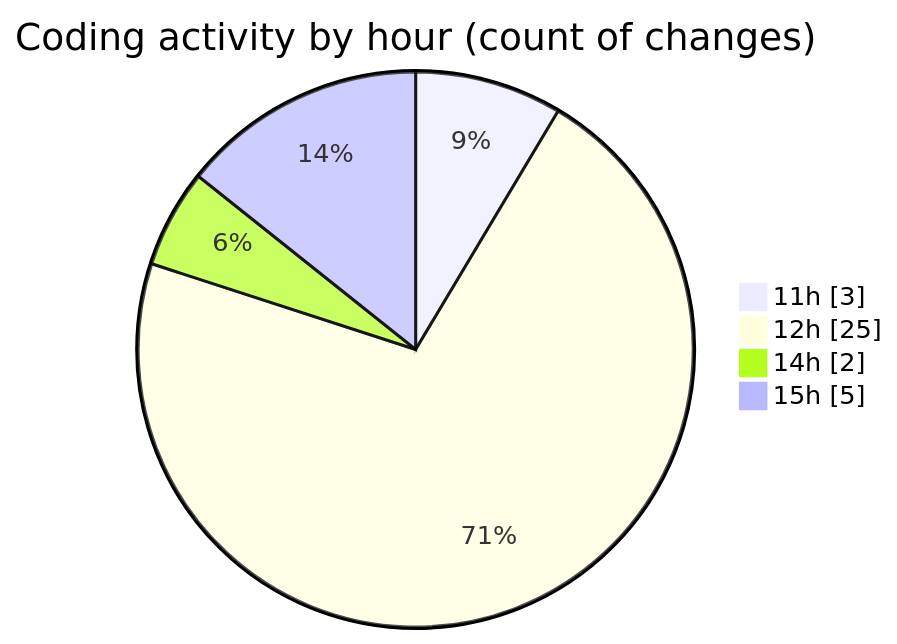
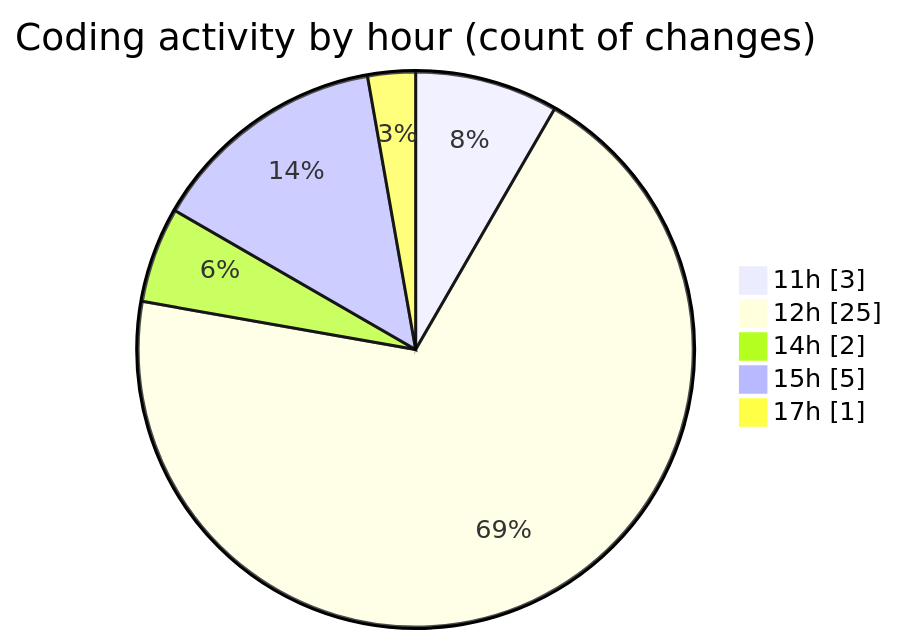
The second of 2 diagrams in 2026-08-14/untitled__workspace_/README.md (debugP/code-tracking), drawn with Mermaid before and after one commit. The commit also changed other lines of this file and 1 other file, not shown here.

````diff
--- a/2026-08-14/untitled__workspace_/README.md
+++ b/2026-08-14/untitled__workspace_/README.md
@@ -33,8 +34,9 @@
 ```mermaid
 pie showData
 title Coding activity by hour (count of changes)
 "11h" : 3
 "12h" : 25
 "14h" : 2
 "15h" : 5
+"17h" : 1
 ```
````
